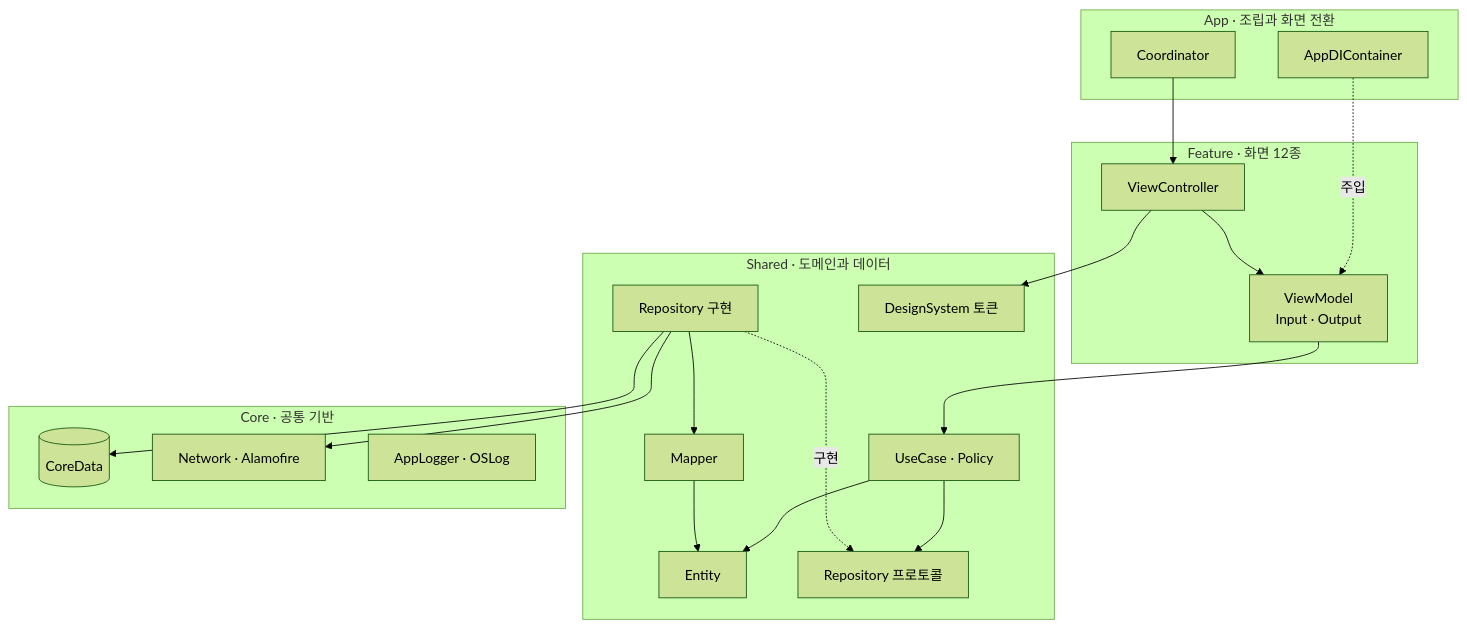
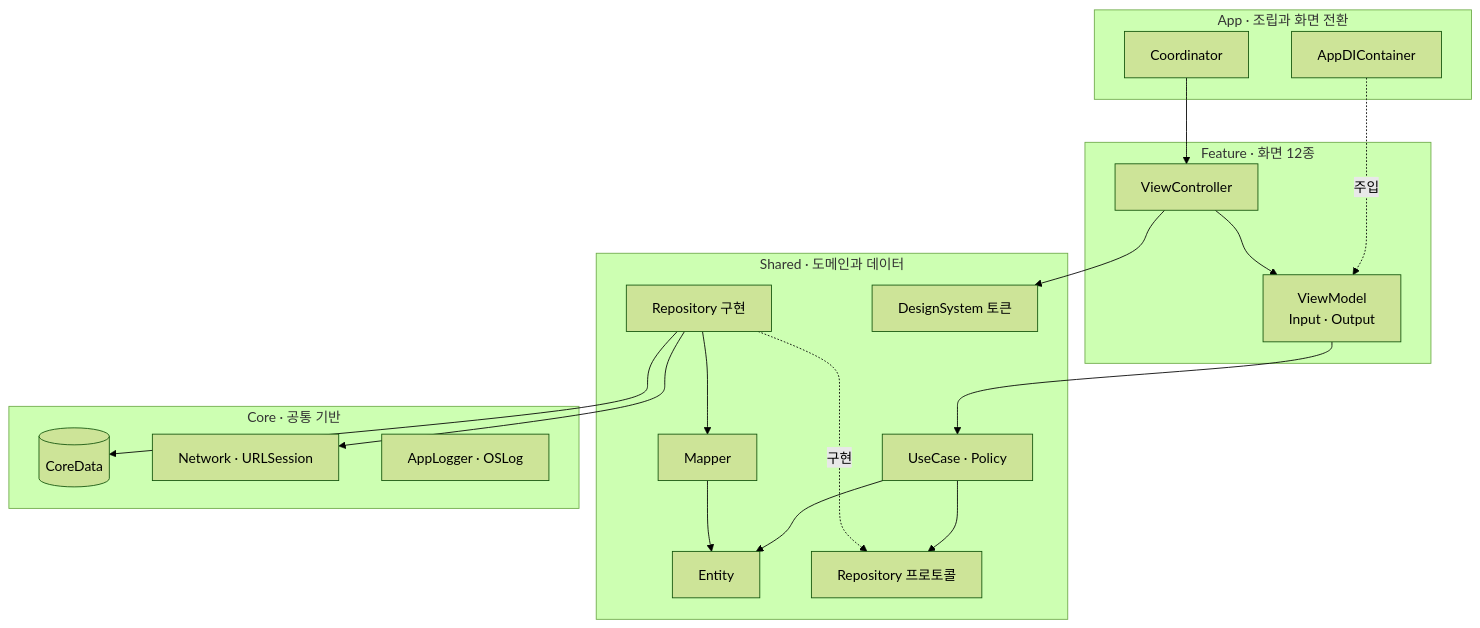
The first of 3 diagrams in README.md (Maekiee/Danogotchi), drawn with Mermaid (forest theme) before and after one commit. The commit also changed other lines of this file and 64 other files, not shown here.

````diff
--- a/README.md
+++ b/README.md
@@ -109,40 +109,40 @@
 ```mermaid
 graph TD
     subgraph APP["App · 조립과 화면 전환"]
         DI[AppDIContainer]
         CO[Coordinator]
     end
 
     subgraph FEATURE["Feature · 화면 12종"]
         VC[ViewController]
         VM[ViewModel<br/>Input · Output]
     end
 
     subgraph SHARED["Shared · 도메인과 데이터"]
         UC[UseCase · Policy]
         EN[Entity]
         IF[Repository 프로토콜]
         RP[Repository 구현]
         MP[Mapper]
         DS[DesignSystem 토큰]
     end
 
     subgraph CORE["Core · 공통 기반"]
         CD[(CoreData)]
-        NW[Network · Alamofire]
+        NW[Network · URLSession]
         LG[AppLogger · OSLog]
     end
 
     CO --> VC
     DI -. 주입 .-> VM
     VC --> VM
     VC --> DS
     VM --> UC
     UC --> EN
     UC --> IF
     RP -. 구현 .-> IF
     RP --> MP
     RP --> CD
     RP --> NW
     MP --> EN
 ```
````
